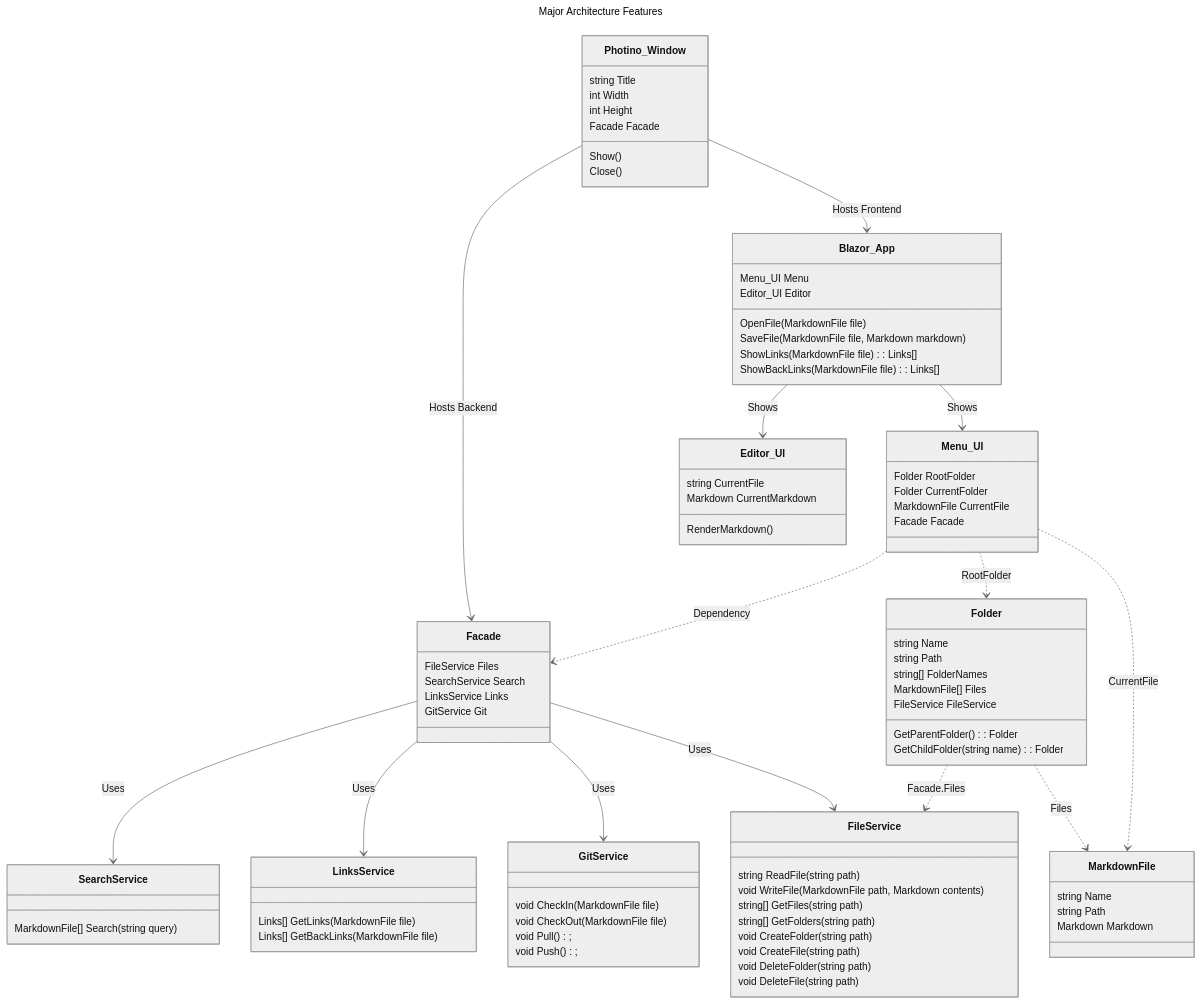
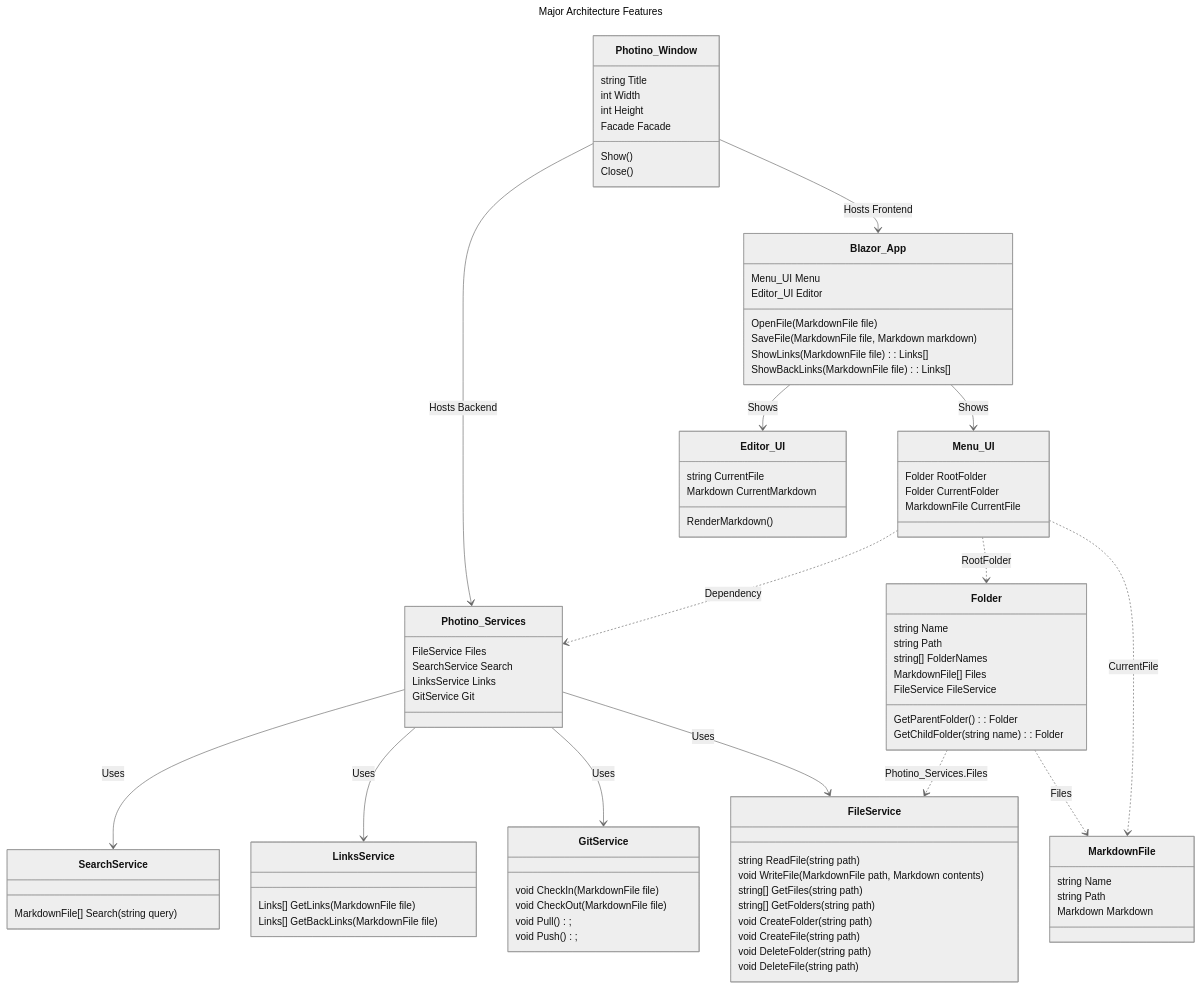
The diagram in Design/core-architecture-classes.md (Seth-Ewer/MkDown-Office), drawn with Mermaid (neutral theme) before and after one commit. The commit also changed 33 other files, not shown here.

```diff
--- a/Design/core-architecture-classes.md
+++ b/Design/core-architecture-classes.md
@@ -35,25 +35,25 @@
   Close()
 }
 
-class Facade {
+class Photino_Services {
   FileService Files
   SearchService Search
   LinksService Links
   GitService Git
 }
-Photino_Window --> Facade : Hosts Backend
-Menu_UI ..> Facade : Dependency
+Photino_Window --> Photino_Services : Hosts Backend
+Menu_UI ..> Photino_Services : Dependency
 
 class SearchService {
   MarkdownFile[] Search(string query)
 }
-Facade --> SearchService : Uses
+Photino_Services --> SearchService : Uses
 
 class LinksService {
   Links[] GetLinks(MarkdownFile file)
   Links[] GetBackLinks(MarkdownFile file)
 }
-Facade --> LinksService : Uses
+Photino_Services --> LinksService : Uses
 
 class GitService {
   void CheckIn(MarkdownFile file)
@@ -61,7 +61,7 @@
   void Pull();
   void Push();
 }
-Facade --> GitService : Uses
+Photino_Services --> GitService : Uses
 
 class FileService {
   string ReadFile(string path)
@@ -73,8 +73,8 @@
   void DeleteFolder(string path)
   void DeleteFile(string path)
 }
-Facade --> FileService : Uses
-Folder ..> FileService : Facade.Files
+Photino_Services --> FileService : Uses
+Folder ..> FileService : Photino_Services.Files
 
 class Blazor_App {
   Menu_UI Menu
@@ -90,7 +90,6 @@
   Folder RootFolder
   Folder CurrentFolder
   MarkdownFile CurrentFile
-  Facade Facade
 }
 Blazor_App --> Menu_UI : Shows
 
```
